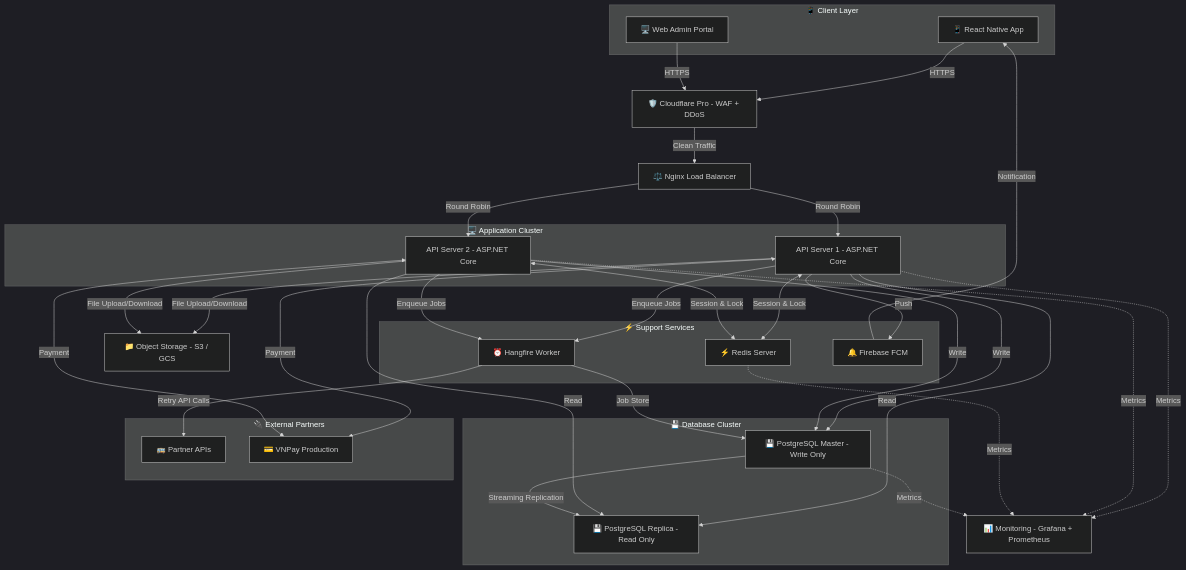
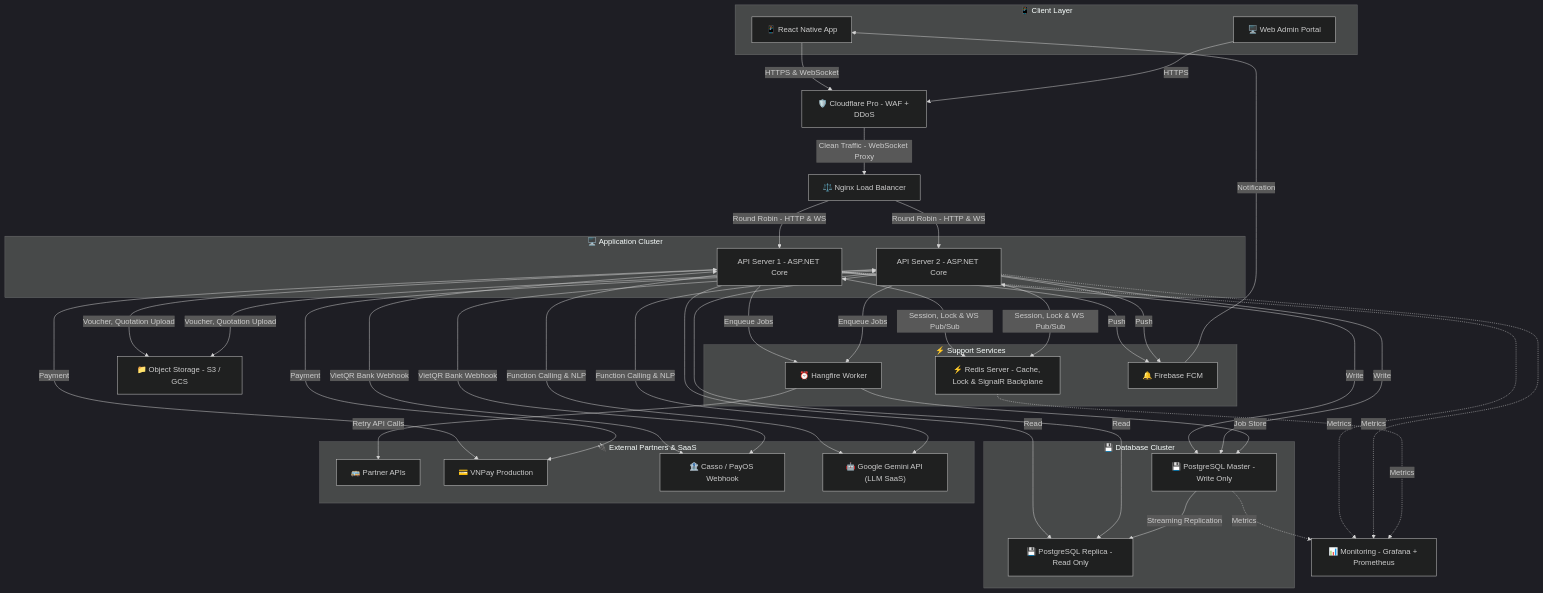
One commit to thanh-16/B2B_Tour changed the diagram in docs/Kiến trúc phần cứng/phase2_scale_up.md. Above: the diagram before and after it, drawn with Mermaid (dark theme). The commit also changed other lines of this file and 2 other files, not shown here.

Commit message:
add chat bot and update plase2

```diff
--- a/docs/Kiến trúc phần cứng/phase2_scale_up.md
+++ b/docs/Kiến trúc phần cứng/phase2_scale_up.md
@@ -30,9 +30,9 @@
     %% ────────────────────────────────────────
     %% TẦNG BẢO VỆ
     %% ────────────────────────────────────────
-    App -->|HTTPS| WAF["🛡️ Cloudflare Pro - WAF + DDoS"]
+    App -->|HTTPS & WebSocket| WAF["🛡️ Cloudflare Pro - WAF + DDoS"]
     Web -->|HTTPS| WAF
-    WAF -->|Clean Traffic| LB["⚖️ Nginx Load Balancer"]
+    WAF -->|Clean Traffic - WebSocket Proxy| LB["⚖️ Nginx Load Balancer"]
 
     %% ────────────────────────────────────────
     %% CỤM WEB API (Horizontal Scaling)
@@ -41,22 +41,23 @@
         API1["API Server 1 - ASP.NET Core"]
         API2["API Server 2 - ASP.NET Core"]
     end
-    LB -->|Round Robin| API1
-    LB -->|Round Robin| API2
+    LB -->|Round Robin - HTTP & WS| API1
+    LB -->|Round Robin - HTTP & WS| API2
 
     %% ────────────────────────────────────────
     %% DỊCH VỤ BỔ TRỢ (Tách riêng máy chủ)
     %% ────────────────────────────────────────
     subgraph SupportLayer["⚡ Support Services"]
-        REDIS["⚡ Redis Server"]
+        REDIS["⚡ Redis Server - Cache, Lock & SignalR Backplane"]
         HF["⏰ Hangfire Worker"]
         FCM["🔔 Firebase FCM"]
     end
-    API1 <-->|Session & Lock| REDIS
-    API2 <-->|Session & Lock| REDIS
+    API1 <-->|Session, Lock & WS Pub/Sub| REDIS
+    API2 <-->|Session, Lock & WS Pub/Sub| REDIS
     API1 -->|Enqueue Jobs| HF
     API2 -->|Enqueue Jobs| HF
     API1 -->|Push| FCM
+    API2 -->|Push| FCM
     FCM -->|Notification| App
     HF -->|Retry API Calls| PARTNER
 
@@ -75,18 +76,23 @@
     HF -->|Job Store| DB_M
 
     %% ────────────────────────────────────────
-    %% LƯU TRỮ & ĐỐI TÁC
+    %% LƯU TRỮ & ĐỐI TÁC & SAAS
     %% ────────────────────────────────────────
     STORAGE["📁 Object Storage - S3 / GCS"]
-    API1 -->|File Upload/Download| STORAGE
-    API2 -->|File Upload/Download| STORAGE
+    API1 -->|Voucher, Quotation Upload| STORAGE
+    API2 -->|Voucher, Quotation Upload| STORAGE
 
-    subgraph External["🔌 External Partners"]
+    subgraph External["🔌 External Partners & SaaS"]
         VNPAY["💳 VNPay Production"]
+        CASSO["🏦 Casso / PayOS Webhook"]
         PARTNER["🚌 Partner APIs"]
+        GEMINI["🤖 Google Gemini API (LLM SaaS)"]
     end
     API1 <-->|Payment| VNPAY
     API2 <-->|Payment| VNPAY
+    API1 <-->|VietQR Bank Webhook| CASSO
+    API2 <-->|VietQR Bank Webhook| CASSO
+    API1 & API2 -->|Function Calling & NLP| GEMINI
 
     %% ────────────────────────────────────────
     %% GIÁM SÁT
```
